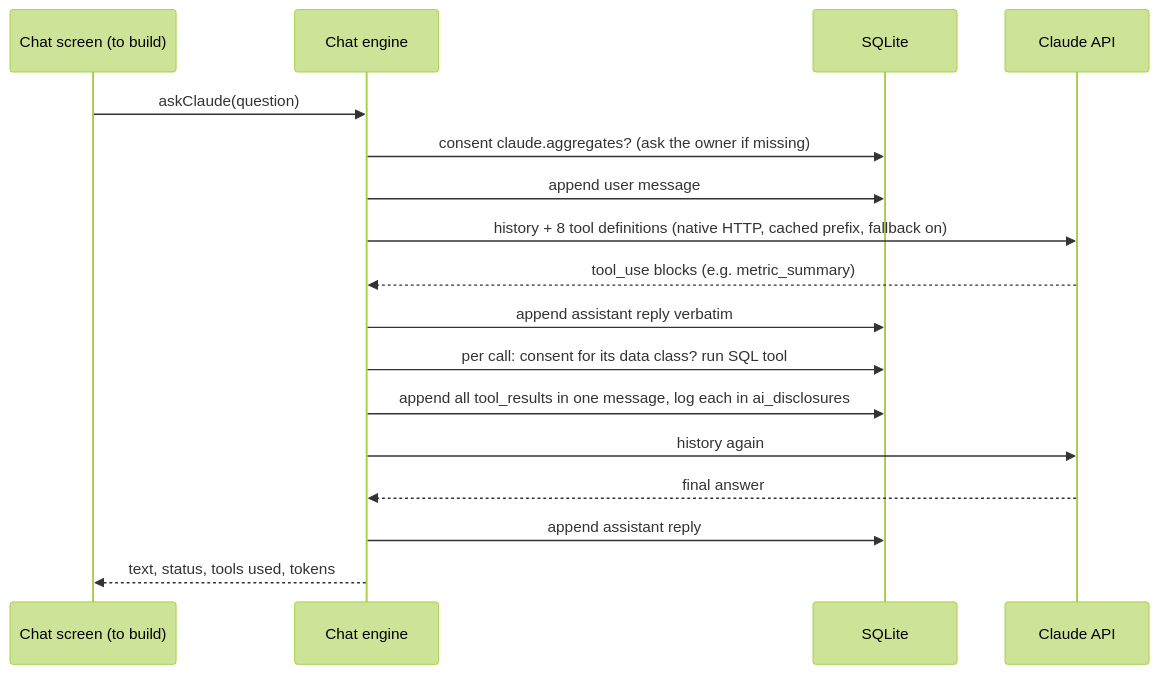
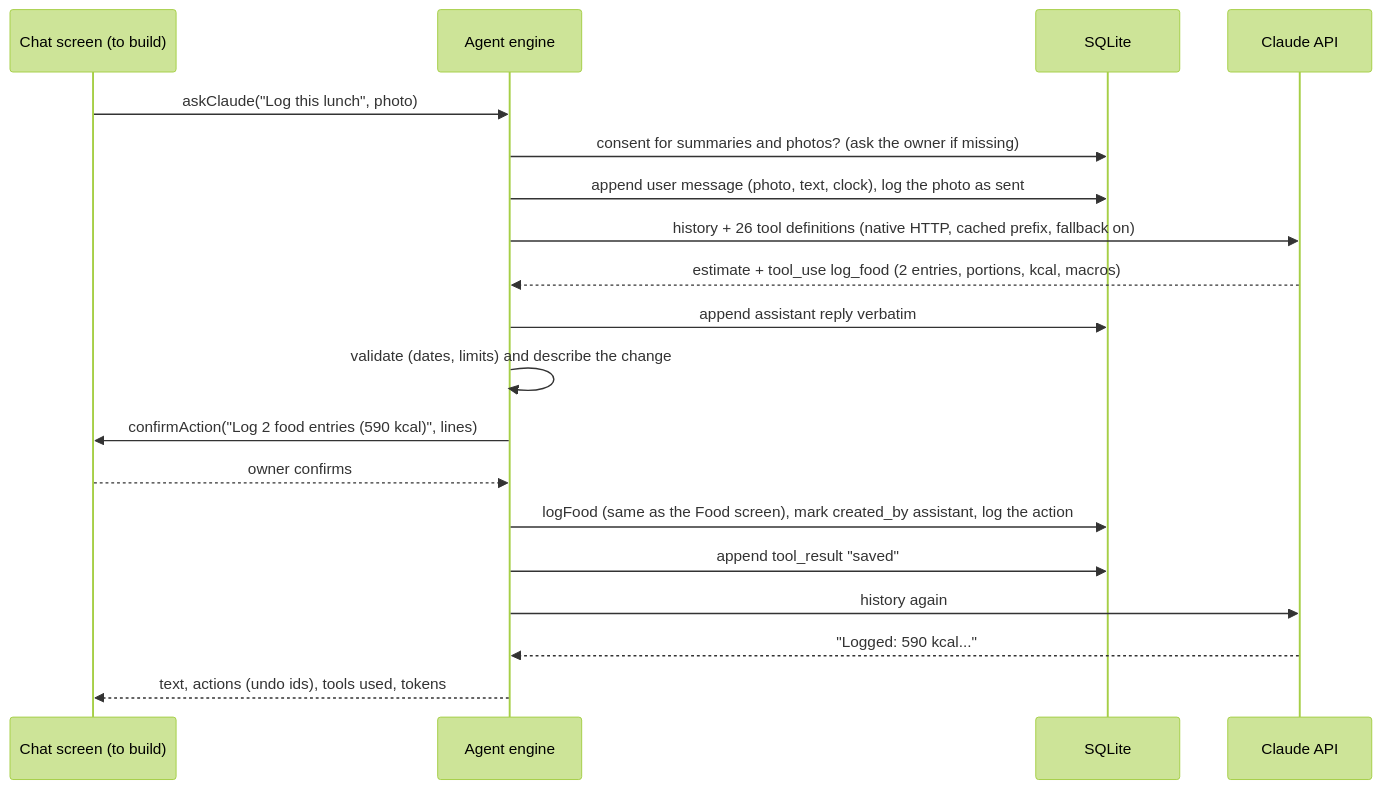
Before and after one commit to alfredoartilesv/even: the sixth of 6 diagrams in docs/HLD.md, drawn with Mermaid (forest theme). The commit also changed other lines of this file and 22 other files, not shown here.

First line of the commit message:
Chat agent: confirmed writes through the app's own functions, photos, undo

````diff
--- a/docs/HLD.md
+++ b/docs/HLD.md
@@ -180,19 +182,21 @@
 ```mermaid
 sequenceDiagram
   participant UI as Chat screen (to build)
-  participant E as Chat engine
+  participant E as Agent engine
   participant DB as SQLite
   participant C as Claude API
-  UI->>E: askClaude(question)
-  E->>DB: consent claude.aggregates? (ask the owner if missing)
-  E->>DB: append user message
-  E->>C: history + 8 tool definitions (native HTTP, cached prefix, fallback on)
-  C-->>E: tool_use blocks (e.g. metric_summary)
+  UI->>E: askClaude("Log this lunch", photo)
+  E->>DB: consent for summaries and photos? (ask the owner if missing)
+  E->>DB: append user message (photo, text, clock), log the photo as sent
+  E->>C: history + 26 tool definitions (native HTTP, cached prefix, fallback on)
+  C-->>E: estimate + tool_use log_food (2 entries, portions, kcal, macros)
   E->>DB: append assistant reply verbatim
-  E->>DB: per call: consent for its data class? run SQL tool
-  E->>DB: append all tool_results in one message, log each in ai_disclosures
+  E->>E: validate (dates, limits) and describe the change
+  E->>UI: confirmAction("Log 2 food entries (590 kcal)", lines)
+  UI-->>E: owner confirms
+  E->>DB: logFood (same as the Food screen), mark created_by assistant, log the action
+  E->>DB: append tool_result "saved"
   E->>C: history again
-  C-->>E: final answer
-  E->>DB: append assistant reply
-  E-->>UI: text, status, tools used, tokens
+  C-->>E: "Logged: 590 kcal..."
+  E-->>UI: text, actions (undo ids), tools used, tokens
 ```
````
